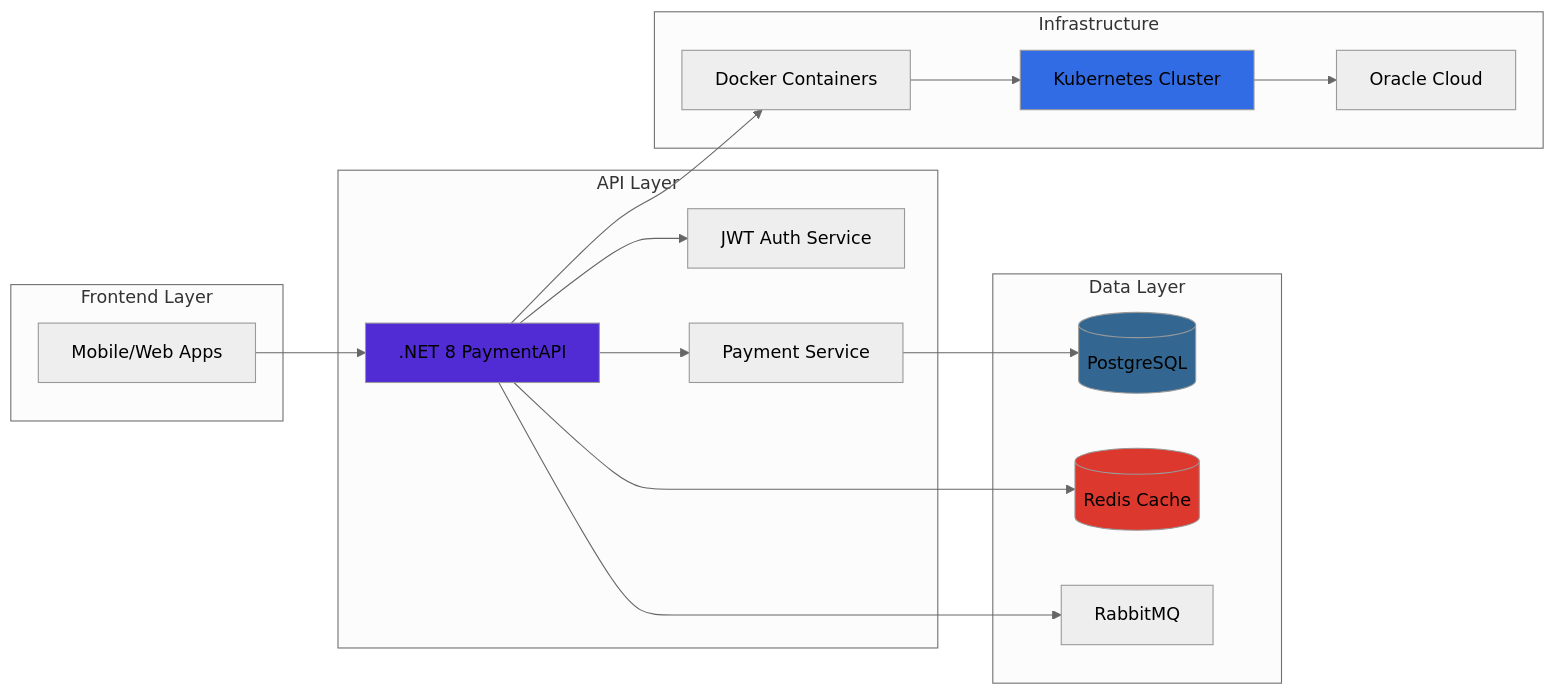
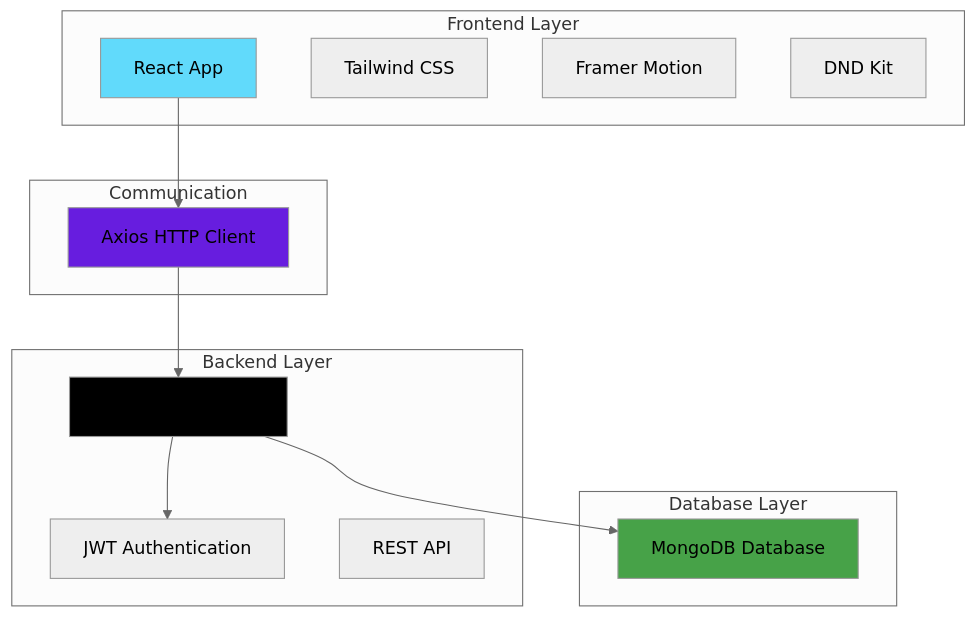
Before and after one commit to HassanAlkuheli/taskflow: the diagram in README.md, drawn with Mermaid (neutral theme). The commit also changed other lines of this file, not shown here.

````diff
--- a/README.md
+++ b/README.md
@@ -392,40 +55,33 @@
 ```mermaid
-graph LR
+graph TB
     subgraph "Frontend Layer"
-        UI[Mobile/Web Apps]
+        React[React App]
+        UI[Tailwind CSS]
+        Motion[Framer Motion]
+        DND[DND Kit]
     end
     
-    subgraph "API Layer"
-        API[.NET 8 PaymentAPI]
-        Auth[JWT Auth Service]
-        Payment[Payment Service]
+    subgraph "Communication"
+        Axios[Axios HTTP Client]
     end
     
-    subgraph "Data Layer"
-        PG[(PostgreSQL)]
-        Redis[(Redis Cache)]
-        RMQ[RabbitMQ]
+    subgraph "Backend Layer"
+        Express[Express.js Server]
+        JWT[JWT Authentication]
+        API[REST API]
     end
     
-    subgraph "Infrastructure"
-        Docker[Docker Containers]
-        K8s[Kubernetes Cluster]
-        Cloud[Oracle Cloud]
+    subgraph "Database Layer"
+        MongoDB[MongoDB Database]
     end
     
-    UI --> API
-    API --> Auth
-    API --> Payment
-    Payment --> PG
-    API --> Redis
-    API --> RMQ
+    React --> Axios
+    Axios --> Express
+    Express --> JWT
+    Express --> MongoDB
     
-    API --> Docker
-    Docker --> K8s
-    K8s --> Cloud
-    
-    style API fill:#512BD4
-    style PG fill:#336791
-    style Redis fill:#DC382D
-    style K8s fill:#326CE5
+    style React fill:#61DAFB
+    style Express fill:#000000
+    style MongoDB fill:#47A248
+    style Axios fill:#671ddf
 ```
````
